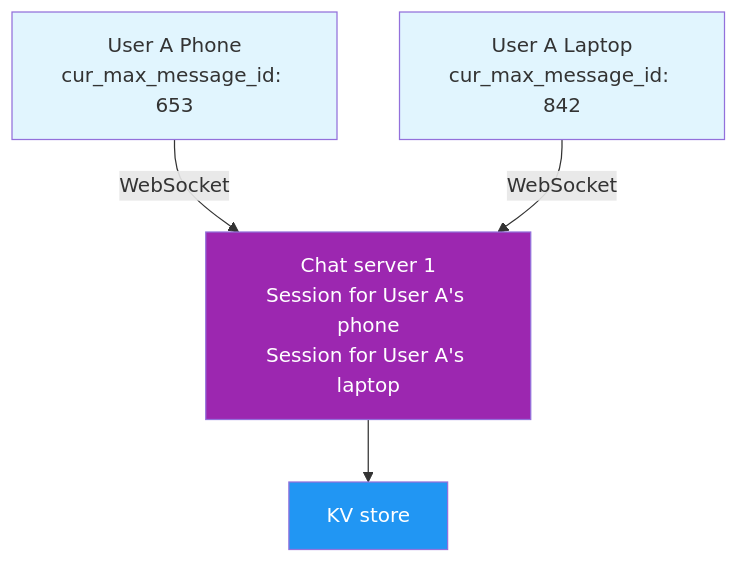
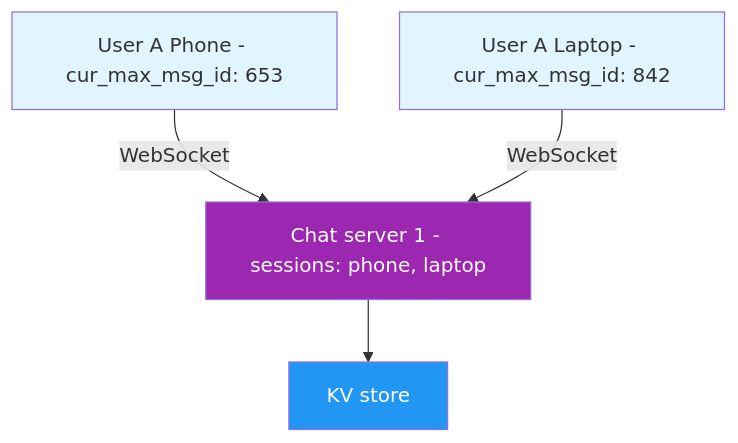
One commit to NalinDalal/system-design changed diagram 11 of 18 in 1.ChatApp.md. Above: the diagram before and after it, drawn with Mermaid. The commit also changed other lines of this file, not shown here.

Commit message:
chat app design

````diff
--- a/1.ChatApp.md
+++ b/1.ChatApp.md
@@ -305,11 +297,11 @@
 ```mermaid
 graph TD
-    A[User A Phone<br/>cur_max_message_id: 653] -->|WebSocket| C[Chat server 1<br/>Session for User A's phone<br/>Session for User A's laptop]
-    B[User A Laptop<br/>cur_max_message_id: 842] -->|WebSocket| C
-    C --> D[KV store]
+    A["User A Phone - cur_max_msg_id: 653"] -->|WebSocket| C["Chat server 1 - sessions: phone, laptop"]
+    B["User A Laptop - cur_max_msg_id: 842"] -->|WebSocket| C
+    C --> D["KV store"]
 
     style A fill:#e1f5fe
     style B fill:#e1f5fe
     style C fill:#9c27b0,color:#fff
     style D fill:#2196f3,color:#fff
 ```
````
